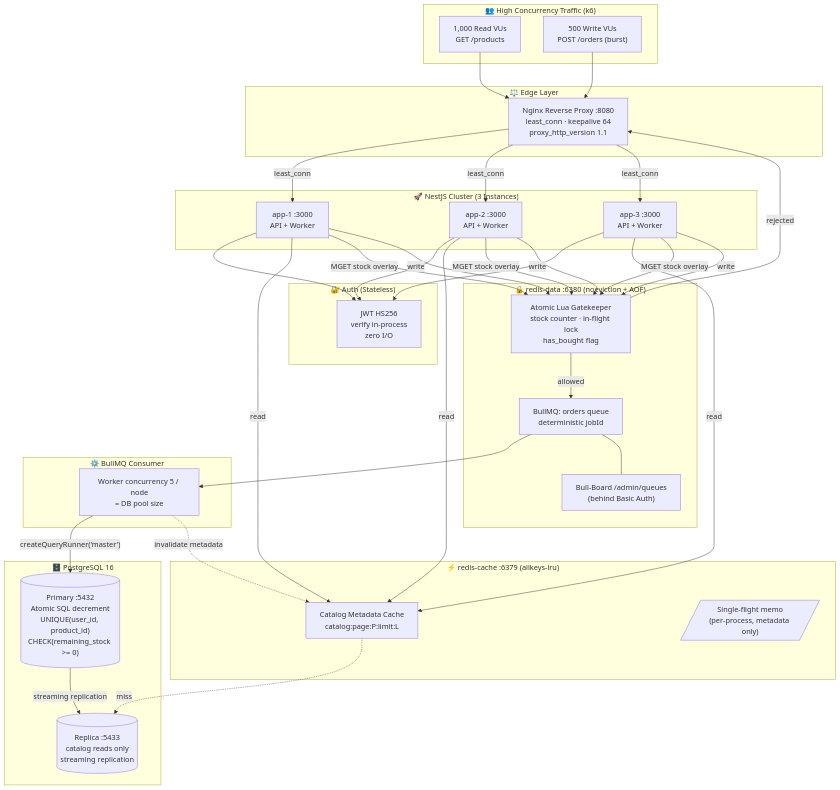
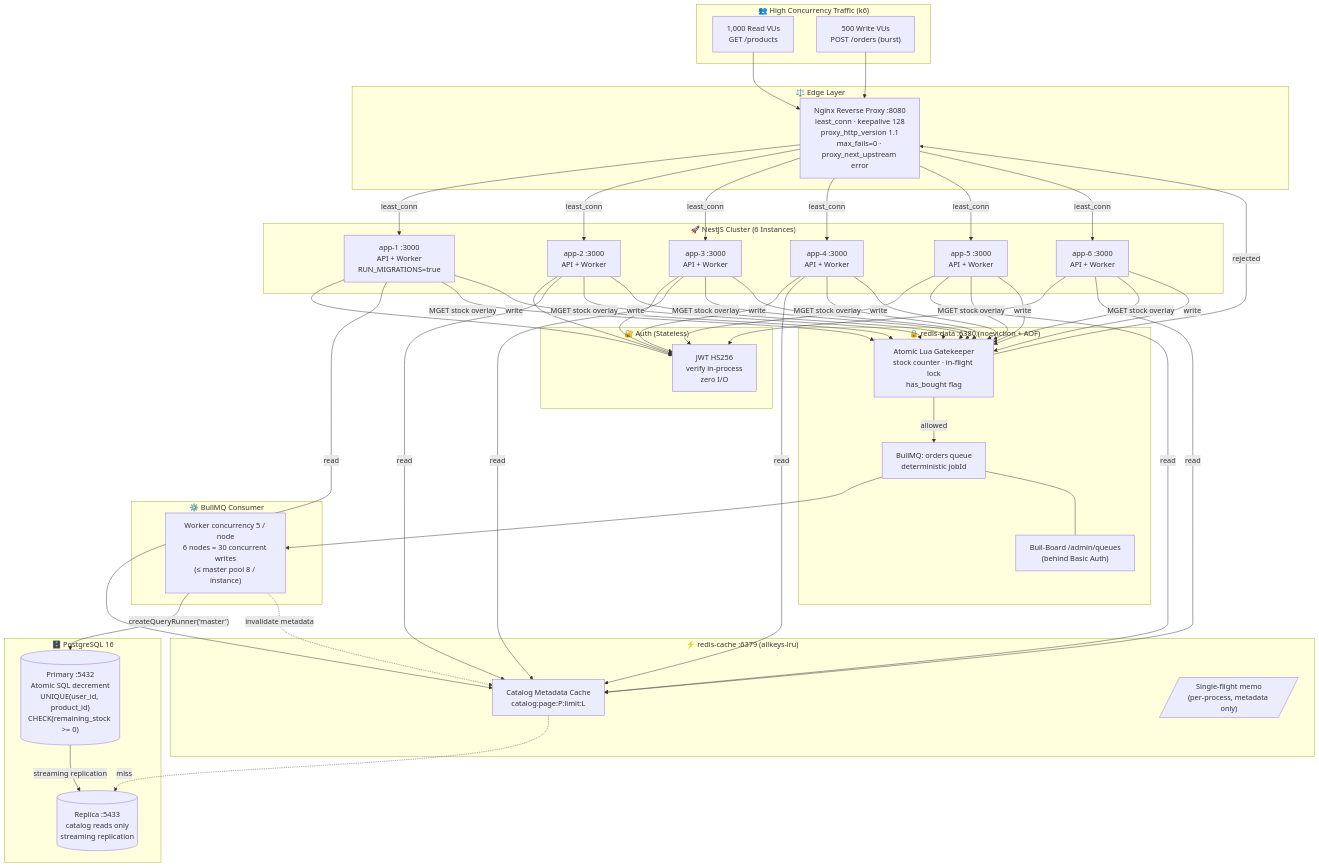
One commit to tophbeifong123/mini-project-backend-mobile changed the diagram in docs/Architecture/architecture.md. Above: the diagram before and after it, drawn with Mermaid. The commit also changed other lines of this file and 11 other files, not shown here.

````diff
--- a/docs/Architecture/architecture.md
+++ b/docs/Architecture/architecture.md
@@ -34,59 +34,62 @@
 ```mermaid
 flowchart TD
     subgraph Clients["👥 High Concurrency Traffic (k6)"]
         C1["1,000 Read VUs<br/>GET /products"]
         C2["500 Write VUs<br/>POST /orders (burst)"]
     end
 
     subgraph Edge["⚖️ Edge Layer"]
-        NGINX["Nginx Reverse Proxy :8080<br/>least_conn · keepalive 64<br/>proxy_http_version 1.1"]
+        NGINX["Nginx Reverse Proxy :8080<br/>least_conn · keepalive 128<br/>proxy_http_version 1.1<br/>max_fails=0 · proxy_next_upstream error"]
     end
 
-    subgraph BackendCluster["🚀 NestJS Cluster (3 Instances)"]
-        APP1["app-1 :3000<br/>API + Worker"]
+    subgraph BackendCluster["🚀 NestJS Cluster (6 Instances)"]
+        APP1["app-1 :3000<br/>API + Worker<br/>RUN_MIGRATIONS=true"]
         APP2["app-2 :3000<br/>API + Worker"]
         APP3["app-3 :3000<br/>API + Worker"]
+        APP4["app-4 :3000<br/>API + Worker"]
+        APP5["app-5 :3000<br/>API + Worker"]
+        APP6["app-6 :3000<br/>API + Worker"]
     end
 
     subgraph AuthMod["🔐 Auth (Stateless)"]
         JWT["JWT HS256<br/>verify in-process<br/>zero I/O"]
     end
 
     subgraph RedisCache["⚡ redis-cache :6379 (allkeys-lru)"]
         CACHE["Catalog Metadata Cache<br/>catalog:page:P:limit:L"]
         L1[/"Single-flight memo<br/>(per-process, metadata only)"/]
     end
 
     subgraph RedisData["🔒 redis-data :6380 (noeviction + AOF)"]
         LUA["Atomic Lua Gatekeeper<br/>stock counter · in-flight lock<br/>has_bought flag"]
         QUEUE["BullMQ: orders queue<br/>deterministic jobId"]
         BOARD["Bull-Board /admin/queues<br/>(behind Basic Auth)"]
     end
 
     subgraph WorkerTier["⚙️ BullMQ Consumer"]
-        WORKER["Worker concurrency 5 / node<br/>= DB pool size"]
+        WORKER["Worker concurrency 5 / node<br/>6 nodes = 30 concurrent writes<br/>(≤ master pool 8 / instance)"]
     end
 
     subgraph DatabaseTier["🗄️ PostgreSQL 16"]
         PG_PRIMARY[("Primary :5432<br/>Atomic SQL decrement<br/>UNIQUE(user_id, product_id)<br/>CHECK(remaining_stock >= 0)")]
         PG_REPLICA[("Replica :5433<br/>catalog reads only<br/>streaming replication")]
     end
 
     C1 & C2 --> NGINX
-    NGINX -->|least_conn| APP1 & APP2 & APP3
+    NGINX -->|least_conn| APP1 & APP2 & APP3 & APP4 & APP5 & APP6
 
-    APP1 & APP2 & APP3 --> JWT
-    APP1 & APP2 & APP3 -->|read| CACHE
+    APP1 & APP2 & APP3 & APP4 & APP5 & APP6 --> JWT
+    APP1 & APP2 & APP3 & APP4 & APP5 & APP6 -->|read| CACHE
     CACHE -.->|miss| PG_REPLICA
-    APP1 & APP2 & APP3 -->|"MGET stock overlay"| LUA
+    APP1 & APP2 & APP3 & APP4 & APP5 & APP6 -->|"MGET stock overlay"| LUA
 
-    APP1 & APP2 & APP3 -->|write| LUA
+    APP1 & APP2 & APP3 & APP4 & APP5 & APP6 -->|write| LUA
     LUA -->|allowed| QUEUE
     LUA -->|rejected| NGINX
 
     QUEUE --> WORKER
     WORKER -->|"createQueryRunner('master')"| PG_PRIMARY
     PG_PRIMARY -->|streaming replication| PG_REPLICA
     WORKER -.->|invalidate metadata| CACHE
     QUEUE --- BOARD
 ```
````
